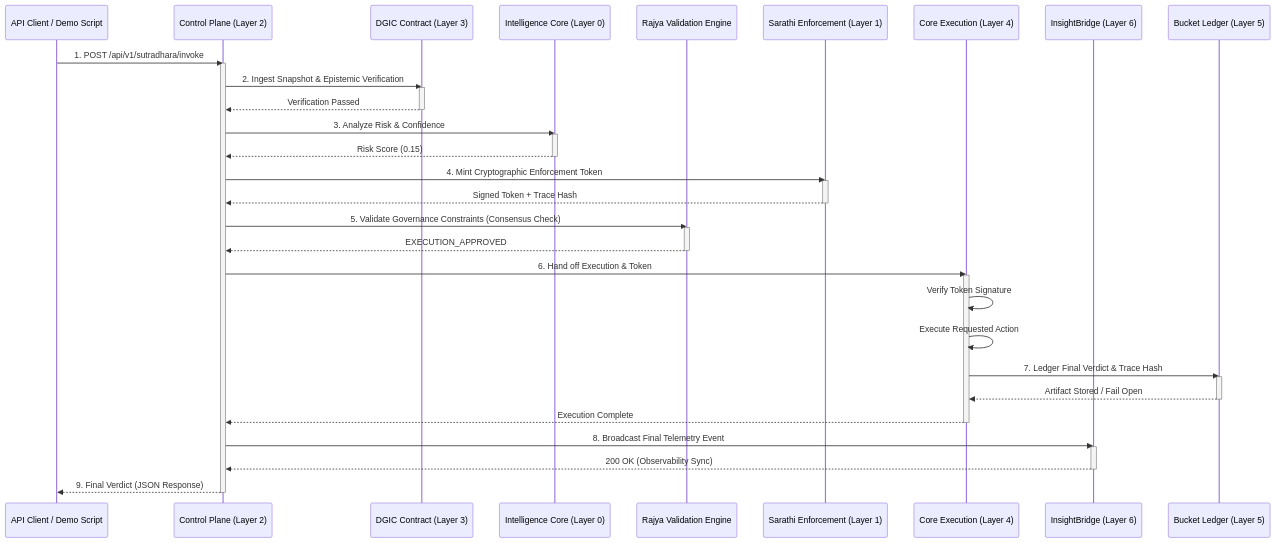
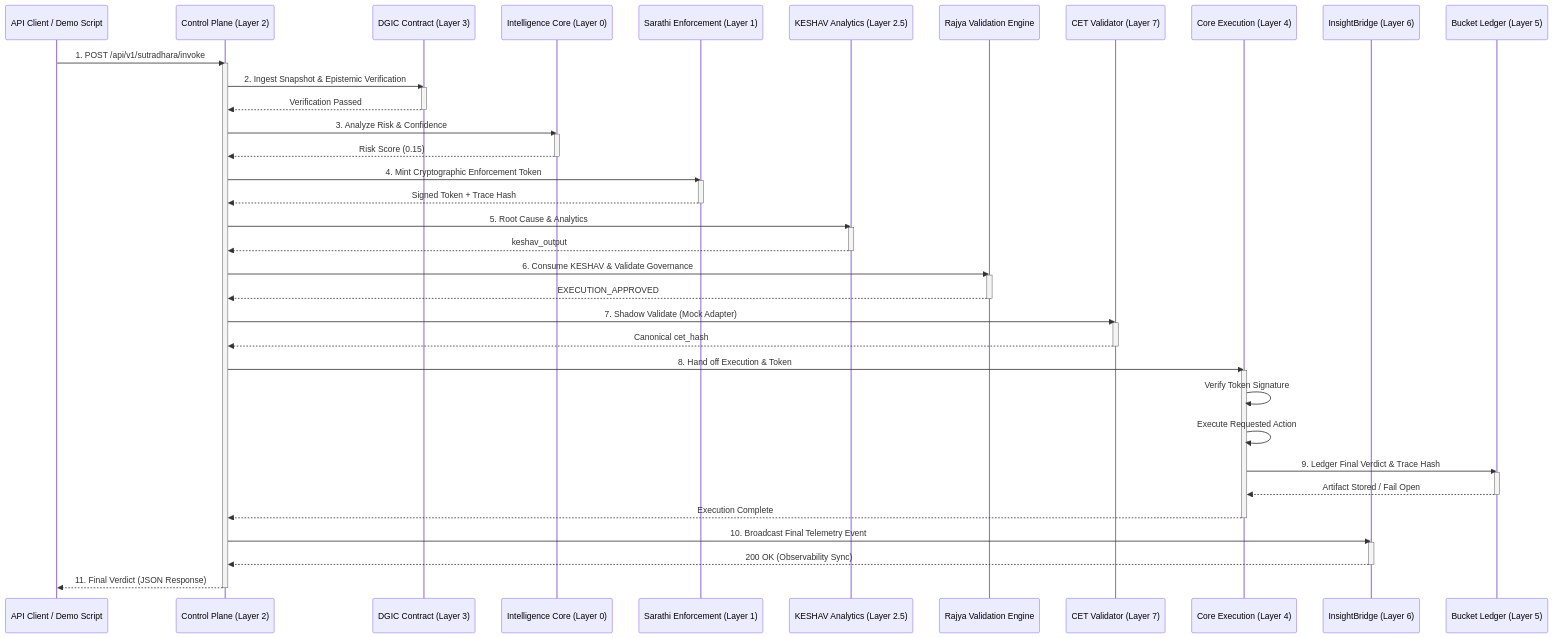
One commit to blackholeinfiverse106-creator/text-risk-scoring-service changed the diagram in docs/end_to_end_pipeline.md. Above: the diagram before and after it, drawn with Mermaid. The commit also changed other lines of this file and 14 other files, not shown here.

````diff
--- a/docs/end_to_end_pipeline.md
+++ b/docs/end_to_end_pipeline.md
@@ -48,55 +60,67 @@
 ```mermaid
 sequenceDiagram
     participant Client as API Client / Demo Script
     participant Sutradhara as Control Plane (Layer 2)
     participant DGIC as DGIC Contract (Layer 3)
     participant Intel as Intelligence Core (Layer 0)
+    participant Sarathi as Sarathi Enforcement (Layer 1)
+    participant Keshav as KESHAV Analytics (Layer 2.5)
     participant Rajya as Rajya Validation Engine
-    participant Sarathi as Sarathi Enforcement (Layer 1)
+    participant CET as CET Validator (Layer 7)
     participant Core as Core Execution (Layer 4)
     participant Bridge as InsightBridge (Layer 6)
     participant Bucket as Bucket Ledger (Layer 5)
 
     Client->>Sutradhara: 1. POST /api/v1/sutradhara/invoke
     activate Sutradhara
     Sutradhara->>DGIC: 2. Ingest Snapshot & Epistemic Verification
     activate DGIC
     DGIC-->>Sutradhara: Verification Passed
     deactivate DGIC
     
     Sutradhara->>Intel: 3. Analyze Risk & Confidence
     activate Intel
     Intel-->>Sutradhara: Risk Score (0.15)
     deactivate Intel
     
     Sutradhara->>Sarathi: 4. Mint Cryptographic Enforcement Token
     activate Sarathi
     Sarathi-->>Sutradhara: Signed Token + Trace Hash
     deactivate Sarathi
     
-    Sutradhara->>Rajya: 5. Validate Governance Constraints (Consensus Check)
+    Sutradhara->>Keshav: 5. Root Cause & Analytics
+    activate Keshav
+    Keshav-->>Sutradhara: keshav_output
+    deactivate Keshav
+    
+    Sutradhara->>Rajya: 6. Consume KESHAV & Validate Governance
     activate Rajya
     Rajya-->>Sutradhara: EXECUTION_APPROVED
     deactivate Rajya
     
-    Sutradhara->>Core: 6. Hand off Execution & Token
+    Sutradhara->>CET: 7. Shadow Validate (Mock Adapter)
+    activate CET
+    CET-->>Sutradhara: Canonical cet_hash
+    deactivate CET
+    
+    Sutradhara->>Core: 8. Hand off Execution & Token
     activate Core
     Core->>Core: Verify Token Signature
     Core->>Core: Execute Requested Action
     
-    Core->>Bucket: 7. Ledger Final Verdict & Trace Hash
+    Core->>Bucket: 9. Ledger Final Verdict & Trace Hash
     activate Bucket
     Bucket-->>Core: Artifact Stored / Fail Open
     deactivate Bucket
     
     Core-->>Sutradhara: Execution Complete
     deactivate Core
     
-    Sutradhara->>Bridge: 8. Broadcast Final Telemetry Event
+    Sutradhara->>Bridge: 10. Broadcast Final Telemetry Event
     activate Bridge
     Bridge-->>Sutradhara: 200 OK (Observability Sync)
     deactivate Bridge
     
-    Sutradhara-->>Client: 9. Final Verdict (JSON Response)
+    Sutradhara-->>Client: 11. Final Verdict (JSON Response)
     deactivate Sutradhara
 ```
````
